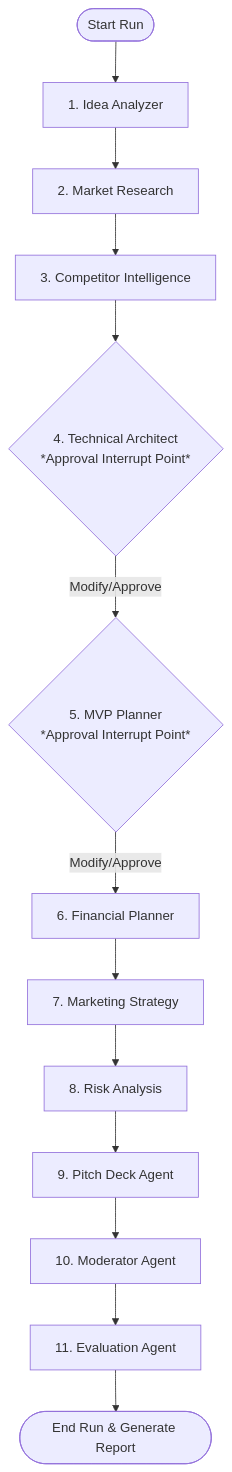
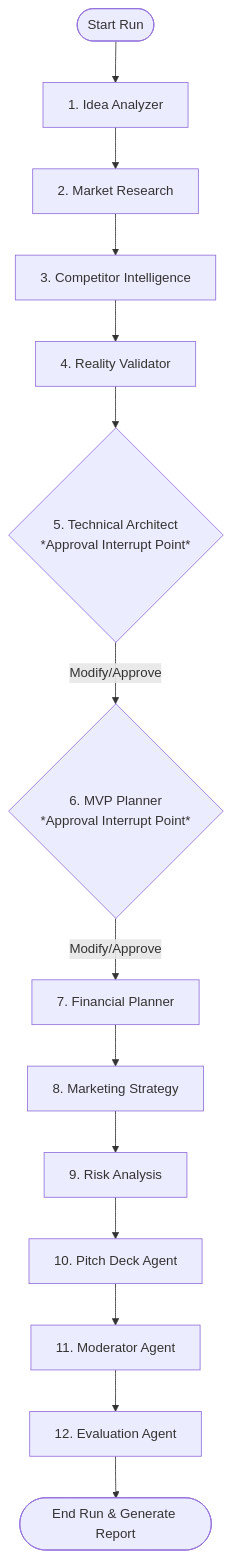
Before and after one commit to vinayiet/AI-Startup-Co-Founder-SaaS-Platform: the third of 3 diagrams in README.md, drawn with Mermaid. The commit also changed other lines of this file and 11 other files, not shown here.

````diff
--- a/README.md
+++ b/README.md
@@ -162,16 +232,17 @@
 ```mermaid
 graph TD
     Start([Start Run]) --> IdeaAnalyzer[1. Idea Analyzer]
     IdeaAnalyzer --> MarketResearch[2. Market Research]
     MarketResearch --> Competitor[3. Competitor Intelligence]
-    Competitor --> TechArchitect{4. Technical Architect <br> *Approval Interrupt Point*}
+    Competitor --> RealityValidator[4. Reality Validator]
+    RealityValidator --> TechArchitect{5. Technical Architect <br> *Approval Interrupt Point*}
     
-    TechArchitect -->|Modify/Approve| MVPPlanner{5. MVP Planner <br> *Approval Interrupt Point*}
-    MVPPlanner -->|Modify/Approve| FinancialPlanner[6. Financial Planner]
-    FinancialPlanner --> MarketingStrategy[7. Marketing Strategy]
-    MarketingStrategy --> RiskAnalysis[8. Risk Analysis]
-    RiskAnalysis --> PitchDeck[9. Pitch Deck Agent]
-    PitchDeck --> Moderator[10. Moderator Agent]
-    Moderator --> Evaluation[11. Evaluation Agent]
+    TechArchitect -->|Modify/Approve| MVPPlanner{6. MVP Planner <br> *Approval Interrupt Point*}
+    MVPPlanner -->|Modify/Approve| FinancialPlanner[7. Financial Planner]
+    FinancialPlanner --> MarketingStrategy[8. Marketing Strategy]
+    MarketingStrategy --> RiskAnalysis[9. Risk Analysis]
+    RiskAnalysis --> PitchDeck[10. Pitch Deck Agent]
+    PitchDeck --> Moderator[11. Moderator Agent]
+    Moderator --> Evaluation[12. Evaluation Agent]
     Evaluation --> End([End Run & Generate Report])
 ```
````
